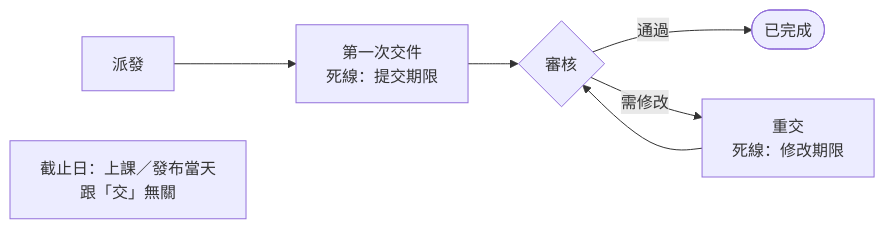
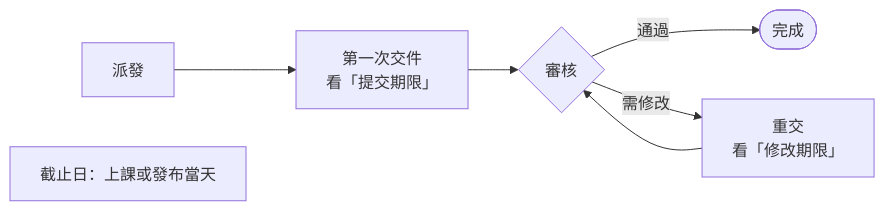
One commit to johnnysun0621/kari-kari-ai-ops changed the sixth of 8 diagrams in docs/sop/ADMIN_SOP.md. Above: the diagram before and after it, drawn with Mermaid. The commit also changed other lines of this file and 85 other files, not shown here.

````diff
--- a/docs/sop/ADMIN_SOP.md
+++ b/docs/sop/ADMIN_SOP.md
@@ -1071,7 +754,7 @@
 ```mermaid
 flowchart LR
-  A["派發"] --> B["第一次交件<br/>死線：提交期限"] --> C{"審核"}
-  C -- "通過" --> D(["已完成"])
-  C -- "需修改" --> E["重交<br/>死線：修改期限"] --> C
-  F["截止日：上課／發布當天<br/>跟「交」無關"]
+  A["派發"] --> B["第一次交件<br/>看「提交期限」"] --> C{"審核"}
+  C -- "通過" --> D(["完成"])
+  C -- "需修改" --> E["重交<br/>看「修改期限」"] --> C
+  F["截止日：上課或發布當天"]
 ```
````
